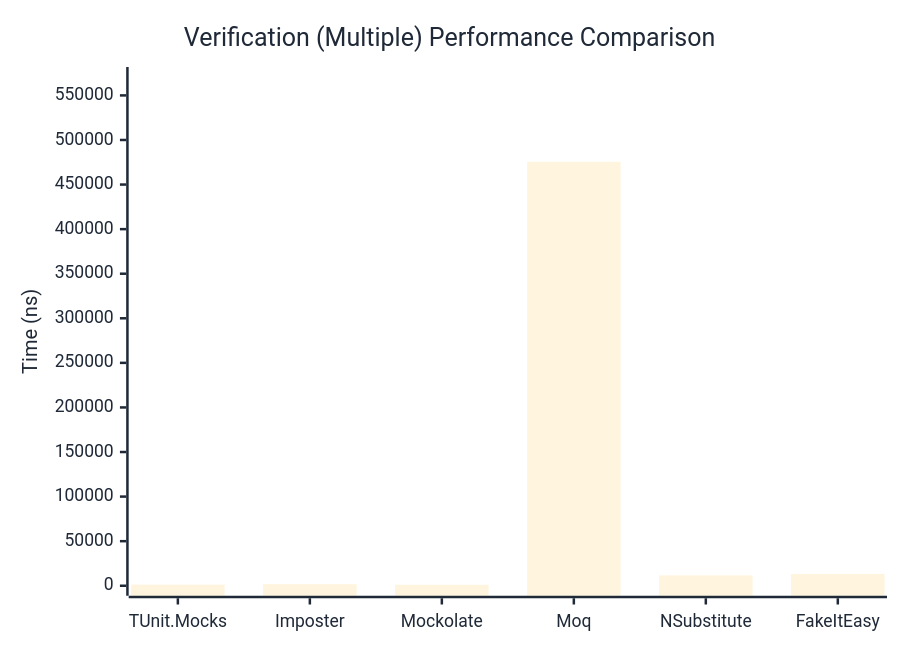
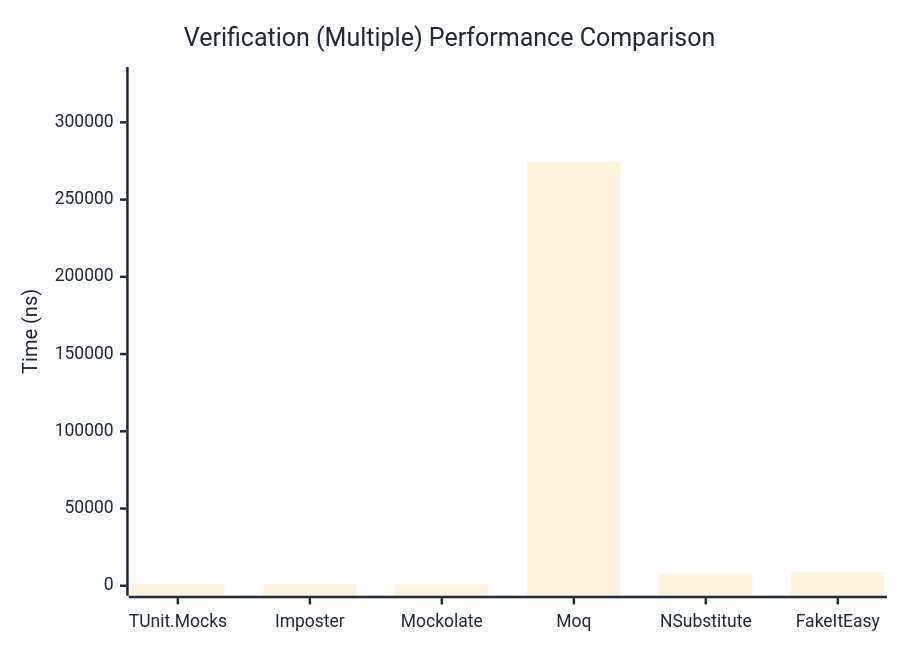
The third of 3 diagrams in docs/docs/benchmarks/mocks/Verification.md (thomhurst/TUnit), drawn with Mermaid before and after one commit. The commit also changed other lines of this file and 14 other files, not shown here.

````diff
--- a/docs/docs/benchmarks/mocks/Verification.md
+++ b/docs/docs/benchmarks/mocks/Verification.md
@@ -112,27 +112,27 @@
 ```mermaid
 %%{init: {
   'theme':'base',
   'themeVariables': {
     'primaryColor': '#2563eb',
     'primaryTextColor': '#1f2937',
     'primaryBorderColor': '#1e40af',
     'lineColor': '#6b7280',
     'secondaryColor': '#7c3aed',
     'tertiaryColor': '#dc2626',
     'background': '#ffffff',
     'pie1': '#2563eb',
     'pie2': '#7c3aed',
     'pie3': '#dc2626',
     'pie4': '#f59e0b',
     'pie5': '#10b981',
     'pie6': '#06b6d4',
     'pie7': '#ec4899',
     'pie8': '#6366f1'
   }
 }}%%
 xychart-beta
   title "Verification (Multiple) Performance Comparison"
   x-axis ["TUnit.Mocks", "Imposter", "Mockolate", "Moq", "NSubstitute", "FakeItEasy"]
-  y-axis "Time (ns)" 0 --> 570641
-  bar [1268.29, 1741.67, 1106.11, 475533.46, 11603.14, 13271.29]
+  y-axis "Time (ns)" 0 --> 329369
+  bar [977.6, 1310.13, 843.21, 274473.63, 7921.79, 8981.93]
 ```
````
